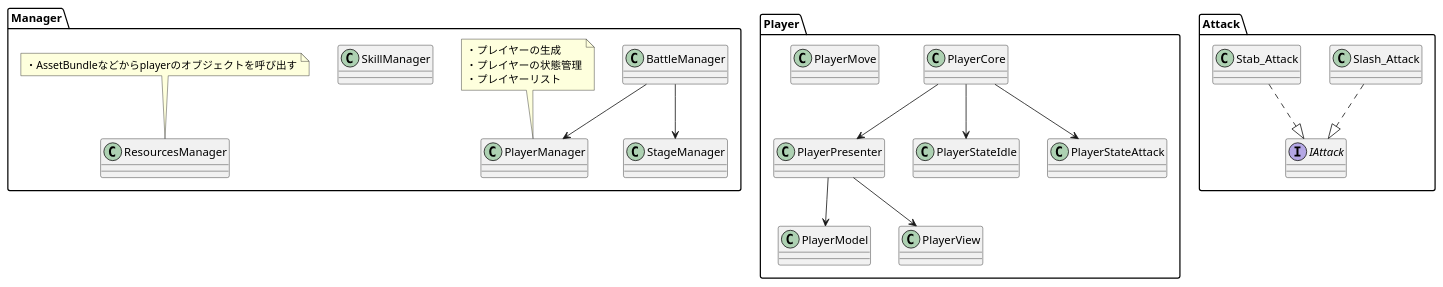
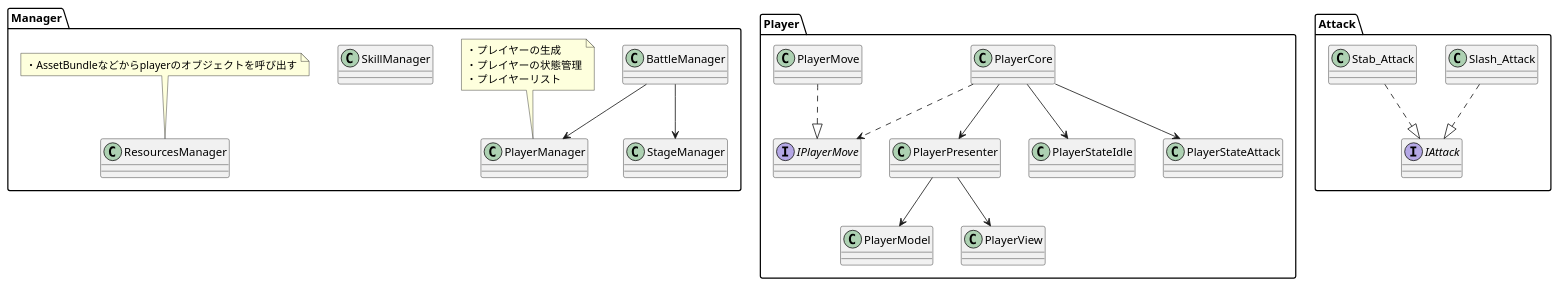
The diagram in Assets/Scripts/BomberMan2.puml (taku686/ThreeKingdomsBomaerMan2), drawn with PlantUML before and after one commit. The commit also changed 79 other files, not shown here.

```diff
--- a/Assets/Scripts/BomberMan2.puml
+++ b/Assets/Scripts/BomberMan2.puml
@@ -1,48 +1,50 @@
 @startuml
 namespace Manager{
 BattleManager --> PlayerManager
 BattleManager --> StageManager
 
 class BattleManager
 class PlayerManager
 note top of PlayerManager
 ・プレイヤーの生成
 ・プレイヤーの状態管理
 ・プレイヤーリスト
 end note 
 class StageManager
 class SkillManager
 class ResourcesManager
 note top of ResourcesManager
 ・AssetBundleなどからplayerのオブジェクトを呼び出す
 end note 
 
 }
 
 namespace Player{
 PlayerPresenter --> PlayerModel
 PlayerPresenter --> PlayerView
 PlayerCore --> PlayerPresenter
 PlayerCore --> PlayerStateIdle
 PlayerCore --> PlayerStateAttack
-
+PlayerCore ..> IPlayerMove
+PlayerMove ..|> IPlayerMove
 
 class PlayerModel
 class PlayerView
 class PlayerPresenter
 class PlayerCore
 class PlayerStateIdle
 class PlayerStateAttack 
 class PlayerMove
+interface IPlayerMove
 }
 
 namespace Attack{
 Slash_Attack ..|> IAttack
 Stab_Attack ..|> IAttack
 
 interface IAttack
 class Slash_Attack
 class Stab_Attack
 
 }
 @enduml
```
